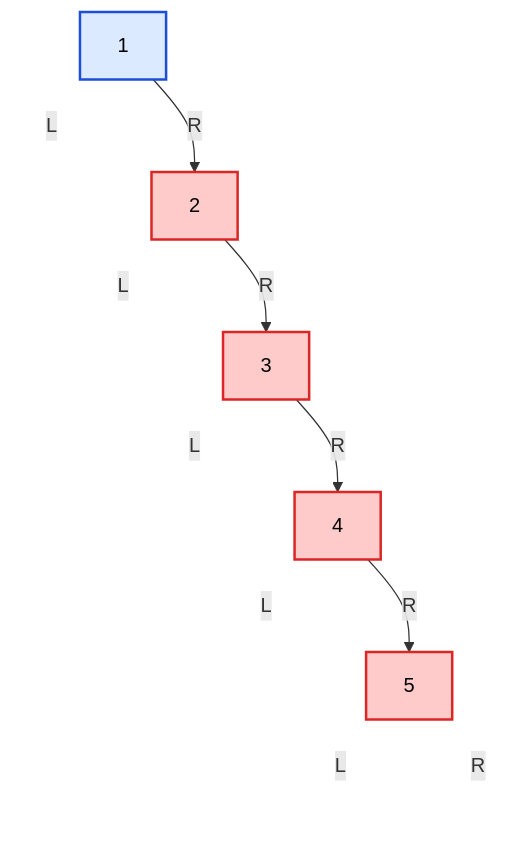
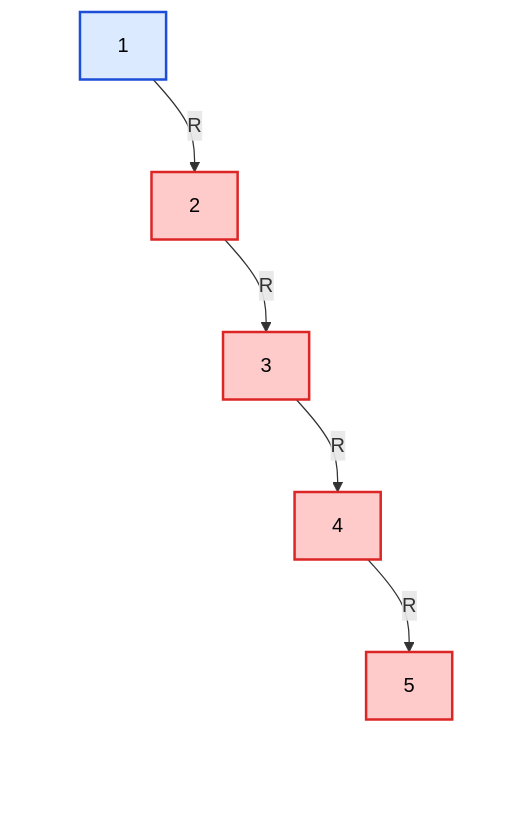
The first of 6 diagrams in knowledge/linux/data_structures/红黑树_rb-tree/P04_为什么_BST_会退化.md (FormingSystem/linux_note), drawn with Mermaid before and after one commit. The commit also changed other lines of this file and 2 other files, not shown here.

````diff
--- a/knowledge/linux/data_structures/红黑树_rb-tree/P04_为什么_BST_会退化.md
+++ b/knowledge/linux/data_structures/红黑树_rb-tree/P04_为什么_BST_会退化.md
@@ -66,50 +66,50 @@
 ```mermaid
 graph TD
 		A["1"]
 
 		A_L[" "]
 		B["2"]
 
 		B_L[" "]
 		C["3"]
 
 		C_L[" "]
 		D["4"]
 
 		D_L[" "]
 		E["5"]
 
 		E_L[" "]
 		E_R[" "]
 
-	A -->|L| A_L
+	A --> A_L
 	A -->|R| B
 
-	B -->|L| B_L
+	B --> B_L
 	B -->|R| C
 
-	C -->|L| C_L
+	C --> C_L
 	C -->|R| D
 
-	D -->|L| D_L
+	D --> D_L
 	D -->|R| E
 
-	E -->|L| E_L
-	E -->|R| E_R
+	E --> E_L
+	E --> E_R
 
 	classDef root_node fill:#dbeafe,stroke:#1d4ed8,stroke-width:2px,color:#000;
 	classDef bad_node fill:#fecaca,stroke:#dc2626,stroke-width:2px,color:#000;
 	classDef ghost fill:transparent,stroke:transparent,color:transparent;
 
 	class A root_node;
 	class B,C,D,E bad_node;
 	class A_L,B_L,C_L,D_L,E_L,E_R ghost;
 
 
 	linkStyle 0 stroke:transparent;
 	linkStyle 2 stroke:transparent;
 	linkStyle 4 stroke:transparent;
 	linkStyle 6 stroke:transparent;
 	linkStyle 8 stroke:transparent;
 	linkStyle 9 stroke:transparent;
 ```
````
